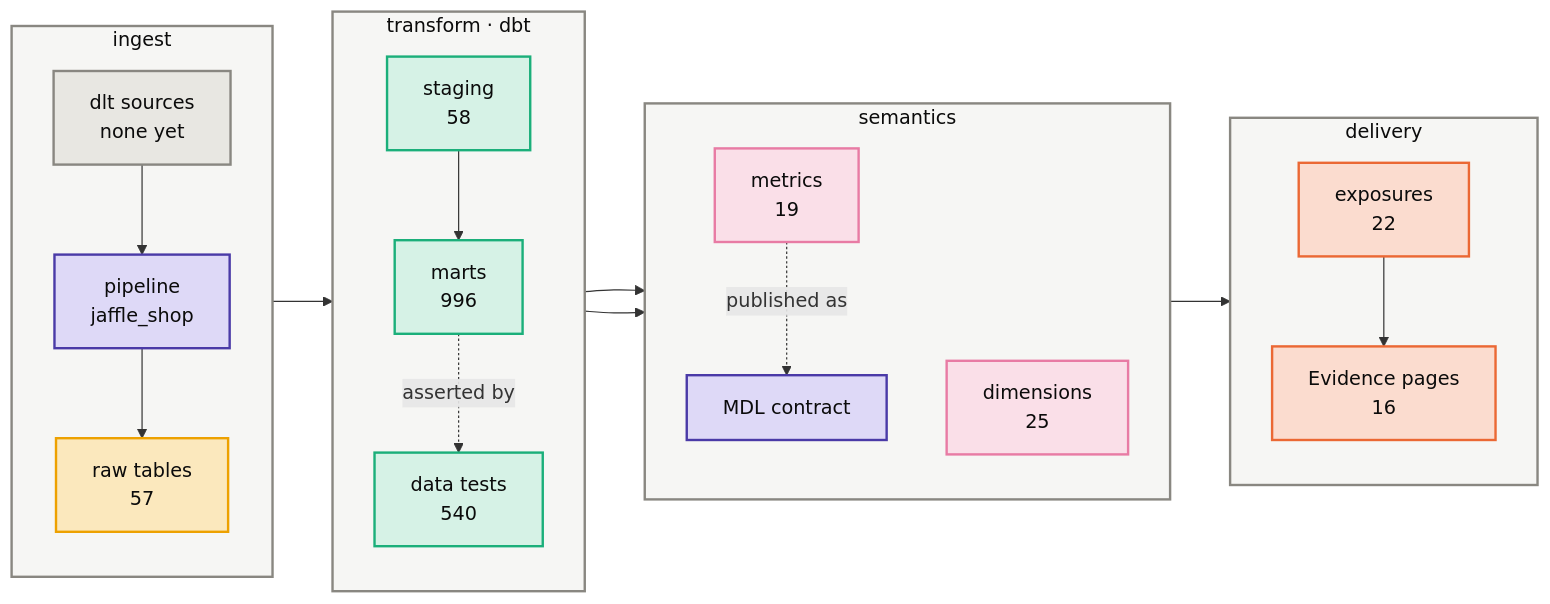
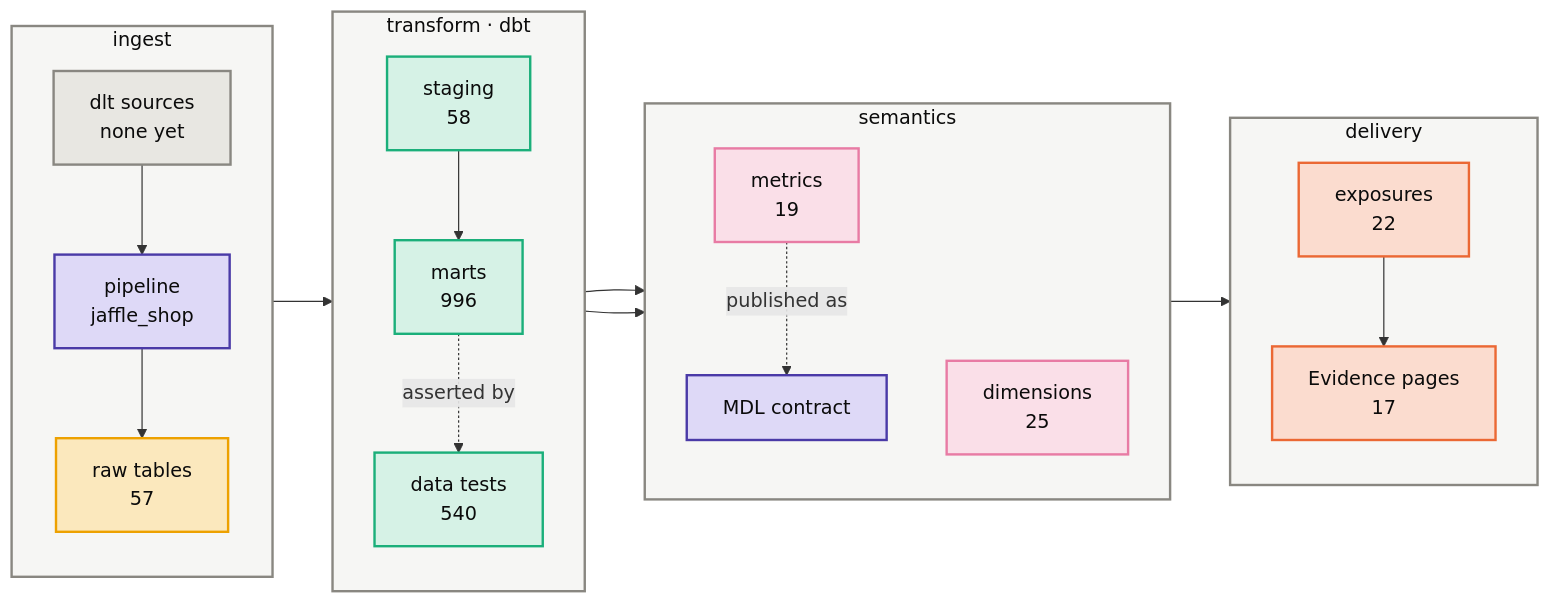
Before and after one commit to Atomz-org/data-platform: the first of 3 diagrams in groups/jaffle/projects/jaffle-shop/kg/architecture.md, drawn with Mermaid. The commit also changed other lines of this file and 4 other files, not shown here.

````diff
--- a/groups/jaffle/projects/jaffle-shop/kg/architecture.md
+++ b/groups/jaffle/projects/jaffle-shop/kg/architecture.md
@@ -10,41 +10,41 @@
 ```mermaid
 flowchart LR
     subgraph LI["ingest"]
         direction TB
         I1["dlt sources<br/>none yet"]:::neutral
         I2["pipeline<br/>jaffle_shop"]:::platform
         I3["raw tables<br/>57"]:::raw
     end
     subgraph LT["transform · dbt"]
         direction TB
         T1["staging<br/>58"]:::model
         T2["marts<br/>996"]:::model
         T3["data tests<br/>540"]:::model
     end
     subgraph LS["semantics"]
         direction TB
         S1["metrics<br/>19"]:::metric
         S2["dimensions<br/>25"]:::metric
         S3["MDL contract"]:::platform
     end
     subgraph LD["delivery"]
         direction TB
         D1["exposures<br/>22"]:::exposure
-        D2["Evidence pages<br/>16"]:::exposure
+        D2["Evidence pages<br/>17"]:::exposure
     end
     I1 --> I2 --> I3 --> T1 --> T2
     T2 --> S1 --> D1 --> D2
     T2 --> S2
     S1 -.published as.-> S3
     T2 -.asserted by.-> T3
     classDef ingress fill:#cde2fb,stroke:#2a78d6,stroke-width:2px,color:#0b0b0b
     classDef platform fill:#ded9f7,stroke:#4a3aa7,stroke-width:2px,color:#0b0b0b
     classDef raw fill:#fbe8bd,stroke:#eda100,stroke-width:2px,color:#0b0b0b
     classDef model fill:#d6f2e6,stroke:#1baf7a,stroke-width:2px,color:#0b0b0b
     classDef metric fill:#fadfe8,stroke:#e87ba4,stroke-width:2px,color:#0b0b0b
     classDef exposure fill:#fbdccf,stroke:#eb6834,stroke-width:2px,color:#0b0b0b
     classDef neutral fill:#e8e7e2,stroke:#898781,stroke-width:2px,color:#0b0b0b
     classDef project fill:#e3eefc,stroke:#2a78d6,stroke-width:2px,color:#0b0b0b
     classDef lane fill:#f6f6f4,stroke:#898781,stroke-width:2px,color:#0b0b0b
     class LI,LT,LS,LD lane
 ```
````
